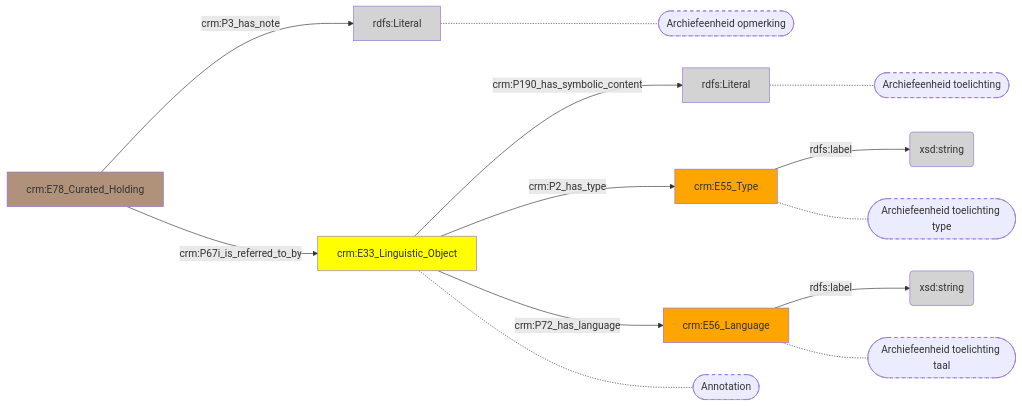
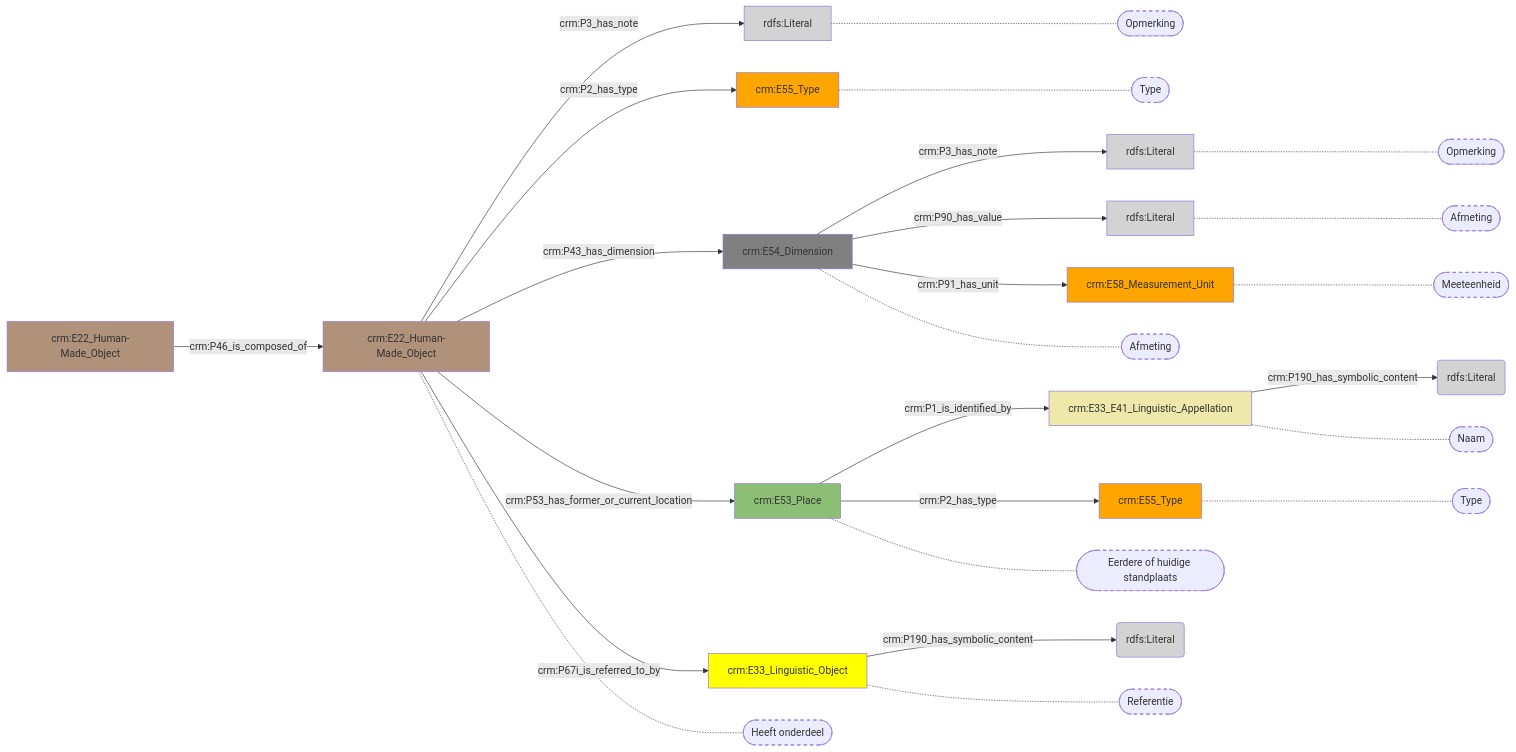
Before and after one commit to digipolisantwerpdocumentation/antwerp-cultureel-erfgoed: the diagram in docs/content/modellen/ArchivalUnit/Aantekeningen.md, drawn with Mermaid. The commit also changed 170 other files, not shown here.

````diff
--- a/docs/content/modellen/ArchivalUnit/Aantekeningen.md
+++ b/docs/content/modellen/ArchivalUnit/Aantekeningen.md
@@ -1,28 +1,52 @@
 ```mermaid
 graph LR
-3b21a34c-04fb-11ee-9497-96a6d2455259["crm:E33_Linguistic_Object"]-->|"crm:P190_has_symbolic_content"|3b21b012-04fb-11ee-9497-96a6d2455259(rdfs:Literal)
-3b21a73e-04fb-11ee-9497-96a6d2455259["crm:E78_Curated_Holding"]-->|"crm:P3_has_note"|3b219eec-04fb-11ee-9497-96a6d2455259(rdfs:Literal)
-3b21af72-04fb-11ee-9497-96a6d2455259["crm:E55_Type"]-->|"rdfs:label"|3b21b0bc-04fb-11ee-9497-96a6d2455259(xsd:string)
-3b21afc2-04fb-11ee-9497-96a6d2455259["crm:E56_Language"]-->|"rdfs:label"|3b21b062-04fb-11ee-9497-96a6d2455259(xsd:string)
-3b21a34c-04fb-11ee-9497-96a6d2455259["crm:E33_Linguistic_Object"]-->|"crm:P2_has_type"|3b21af72-04fb-11ee-9497-96a6d2455259["crm:E55_Type"]
-3b21a34c-04fb-11ee-9497-96a6d2455259["crm:E33_Linguistic_Object"]-->|"crm:P72_has_language"|3b21afc2-04fb-11ee-9497-96a6d2455259["crm:E56_Language"]
-3b21a73e-04fb-11ee-9497-96a6d2455259["crm:E78_Curated_Holding"]-->|"crm:P67i_is_referred_to_by"|3b21a34c-04fb-11ee-9497-96a6d2455259["crm:E33_Linguistic_Object"]
-3b21b012-04fb-11ee-9497-96a6d2455259["rdfs:Literal"]-.-3b21b012-04fb-11ee-9497-96a6d2455259_s(["Archiefeenheid toelichting"])
-3b21af72-04fb-11ee-9497-96a6d2455259["crm:E55_Type"]-.-3b21af72-04fb-11ee-9497-96a6d2455259_s(["Archiefeenheid toelichting type"])
-3b21afc2-04fb-11ee-9497-96a6d2455259["crm:E56_Language"]-.-3b21afc2-04fb-11ee-9497-96a6d2455259_s(["Archiefeenheid toelichting taal"])
-3b219eec-04fb-11ee-9497-96a6d2455259["rdfs:Literal"]-.-3b219eec-04fb-11ee-9497-96a6d2455259_s(["Archiefeenheid opmerking"])
-3b21a34c-04fb-11ee-9497-96a6d2455259["crm:E33_Linguistic_Object"]-.-3b21a34c-04fb-11ee-9497-96a6d2455259_s(["Annotation"])
-style 3b21b012-04fb-11ee-9497-96a6d2455259_s stroke-dasharray: 5
-style 3b21af72-04fb-11ee-9497-96a6d2455259_s stroke-dasharray: 5
-style 3b21afc2-04fb-11ee-9497-96a6d2455259_s stroke-dasharray: 5
-style 3b219eec-04fb-11ee-9497-96a6d2455259_s stroke-dasharray: 5
-style 3b21a34c-04fb-11ee-9497-96a6d2455259_s stroke-dasharray: 5
-style 3b219eec-04fb-11ee-9497-96a6d2455259 fill:#D3D3D3
-style 3b21a34c-04fb-11ee-9497-96a6d2455259 fill:#ffff00
-style 3b21a73e-04fb-11ee-9497-96a6d2455259 fill:#B0927A
-style 3b21af72-04fb-11ee-9497-96a6d2455259 fill:#ffa500
-style 3b21afc2-04fb-11ee-9497-96a6d2455259 fill:#ffa500
-style 3b21b012-04fb-11ee-9497-96a6d2455259 fill:#D3D3D3
-style 3b21b062-04fb-11ee-9497-96a6d2455259 fill:#D3D3D3
-style 3b21b0bc-04fb-11ee-9497-96a6d2455259 fill:#D3D3D3
+style 525c525f-28bb-11ef-af20-960002548b4f fill:#ffff00
+style 60b4d853-28bb-11ef-b622-960002548b4f fill:#D3D3D3
+style 80a1b22b-27f8-11ef-8728-960002548b4f fill:#B0927A
+style 80a1b730-27f8-11ef-a4a6-960002548b4f fill:#ffa500
+style 80a1ba44-27f8-11ef-9321-960002548b4f fill:#ffa500
+style 80a1bb69-27f8-11ef-94fc-960002548b4f fill:#808080
+style 80a1bc8c-27f8-11ef-9087-960002548b4f fill:#8CBF76
+style 80a1becf-27f8-11ef-bb50-960002548b4f fill:#D3D3D3
+style 80a1bfed-27f8-11ef-9cbe-960002548b4f fill:#EEE8AA
+style 80a1c10e-27f8-11ef-9e19-960002548b4f fill:#D3D3D3
+style 80a1c224-27f8-11ef-904b-960002548b4f fill:#ffa500
+style 80a1c453-27f8-11ef-9a84-960002548b4f fill:#D3D3D3
+style 80a1c565-27f8-11ef-ac98-960002548b4f fill:#D3D3D3
+style f03920c2-27f7-11ef-8f92-960002548b4f fill:#B0927A
+525c525f-28bb-11ef-af20-960002548b4f["crm:E33_Linguistic_Object"]-->|"crm:P190_has_symbolic_content"|60b4d853-28bb-11ef-b622-960002548b4f(rdfs:Literal)
+80a1b22b-27f8-11ef-8728-960002548b4f["crm:E22_Human-Made_Object"]-->|"crm:P3_has_note"|80a1c565-27f8-11ef-ac98-960002548b4f(rdfs:Literal)
+80a1bb69-27f8-11ef-94fc-960002548b4f["crm:E54_Dimension"]-->|"crm:P3_has_note"|80a1becf-27f8-11ef-bb50-960002548b4f(rdfs:Literal)
+80a1bb69-27f8-11ef-94fc-960002548b4f["crm:E54_Dimension"]-->|"crm:P90_has_value"|80a1c453-27f8-11ef-9a84-960002548b4f(rdfs:Literal)
+80a1bfed-27f8-11ef-9cbe-960002548b4f["crm:E33_E41_Linguistic_Appellation"]-->|"crm:P190_has_symbolic_content"|80a1c10e-27f8-11ef-9e19-960002548b4f(rdfs:Literal)
+80a1b22b-27f8-11ef-8728-960002548b4f["crm:E22_Human-Made_Object"]-->|"crm:P2_has_type"|80a1b730-27f8-11ef-a4a6-960002548b4f["crm:E55_Type"]
+80a1b22b-27f8-11ef-8728-960002548b4f["crm:E22_Human-Made_Object"]-->|"crm:P43_has_dimension"|80a1bb69-27f8-11ef-94fc-960002548b4f["crm:E54_Dimension"]
+80a1b22b-27f8-11ef-8728-960002548b4f["crm:E22_Human-Made_Object"]-->|"crm:P53_has_former_or_current_location"|80a1bc8c-27f8-11ef-9087-960002548b4f["crm:E53_Place"]
+80a1b22b-27f8-11ef-8728-960002548b4f["crm:E22_Human-Made_Object"]-->|"crm:P67i_is_referred_to_by"|525c525f-28bb-11ef-af20-960002548b4f["crm:E33_Linguistic_Object"]
+80a1bb69-27f8-11ef-94fc-960002548b4f["crm:E54_Dimension"]-->|"crm:P91_has_unit"|80a1ba44-27f8-11ef-9321-960002548b4f["crm:E58_Measurement_Unit"]
+80a1bc8c-27f8-11ef-9087-960002548b4f["crm:E53_Place"]-->|"crm:P1_is_identified_by"|80a1bfed-27f8-11ef-9cbe-960002548b4f["crm:E33_E41_Linguistic_Appellation"]
+80a1bc8c-27f8-11ef-9087-960002548b4f["crm:E53_Place"]-->|"crm:P2_has_type"|80a1c224-27f8-11ef-904b-960002548b4f["crm:E55_Type"]
+f03920c2-27f7-11ef-8f92-960002548b4f["crm:E22_Human-Made_Object"]-->|"crm:P46_is_composed_of"|80a1b22b-27f8-11ef-8728-960002548b4f["crm:E22_Human-Made_Object"]
+style 80a1b730-27f8-11ef-a4a6-960002548b4f_s stroke-dasharray: 5
+style 80a1c565-27f8-11ef-ac98-960002548b4f_s stroke-dasharray: 5
+style 80a1bb69-27f8-11ef-94fc-960002548b4f_s stroke-dasharray: 5
+style 80a1bc8c-27f8-11ef-9087-960002548b4f_s stroke-dasharray: 5
+style 525c525f-28bb-11ef-af20-960002548b4f_s stroke-dasharray: 5
+style 80a1becf-27f8-11ef-bb50-960002548b4f_s stroke-dasharray: 5
+style 80a1c453-27f8-11ef-9a84-960002548b4f_s stroke-dasharray: 5
+style 80a1ba44-27f8-11ef-9321-960002548b4f_s stroke-dasharray: 5
+style 80a1bfed-27f8-11ef-9cbe-960002548b4f_s stroke-dasharray: 5
+style 80a1c224-27f8-11ef-904b-960002548b4f_s stroke-dasharray: 5
+style 80a1b22b-27f8-11ef-8728-960002548b4f_s stroke-dasharray: 5
+80a1b730-27f8-11ef-a4a6-960002548b4f["crm:E55_Type"]-.-80a1b730-27f8-11ef-a4a6-960002548b4f_s(["Type"])
+80a1c565-27f8-11ef-ac98-960002548b4f["rdfs:Literal"]-.-80a1c565-27f8-11ef-ac98-960002548b4f_s(["Opmerking"])
+80a1bb69-27f8-11ef-94fc-960002548b4f["crm:E54_Dimension"]-.-80a1bb69-27f8-11ef-94fc-960002548b4f_s(["Afmeting"])
+80a1bc8c-27f8-11ef-9087-960002548b4f["crm:E53_Place"]-.-80a1bc8c-27f8-11ef-9087-960002548b4f_s(["Eerdere of huidige standplaats"])
+525c525f-28bb-11ef-af20-960002548b4f["crm:E33_Linguistic_Object"]-.-525c525f-28bb-11ef-af20-960002548b4f_s(["Referentie"])
+80a1becf-27f8-11ef-bb50-960002548b4f["rdfs:Literal"]-.-80a1becf-27f8-11ef-bb50-960002548b4f_s(["Opmerking"])
+80a1c453-27f8-11ef-9a84-960002548b4f["rdfs:Literal"]-.-80a1c453-27f8-11ef-9a84-960002548b4f_s(["Afmeting"])
+80a1ba44-27f8-11ef-9321-960002548b4f["crm:E58_Measurement_Unit"]-.-80a1ba44-27f8-11ef-9321-960002548b4f_s(["Meeteenheid"])
+80a1bfed-27f8-11ef-9cbe-960002548b4f["crm:E33_E41_Linguistic_Appellation"]-.-80a1bfed-27f8-11ef-9cbe-960002548b4f_s(["Naam"])
+80a1c224-27f8-11ef-904b-960002548b4f["crm:E55_Type"]-.-80a1c224-27f8-11ef-904b-960002548b4f_s(["Type"])
+80a1b22b-27f8-11ef-8728-960002548b4f["crm:E22_Human-Made_Object"]-.-80a1b22b-27f8-11ef-8728-960002548b4f_s(["Heeft onderdeel"])
 ```
````
